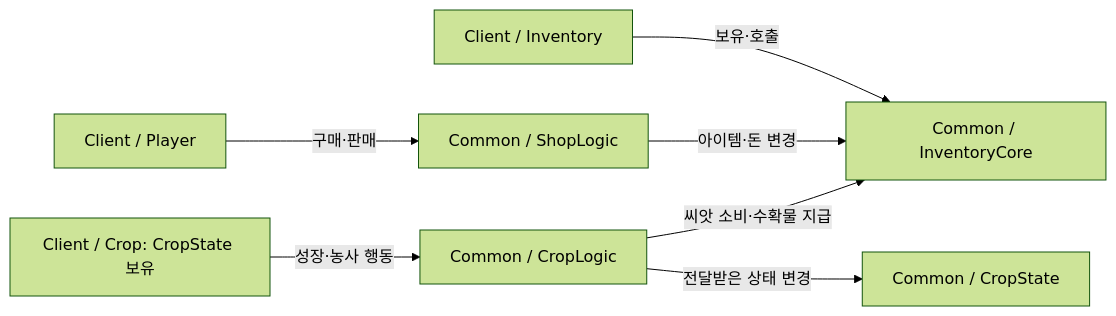
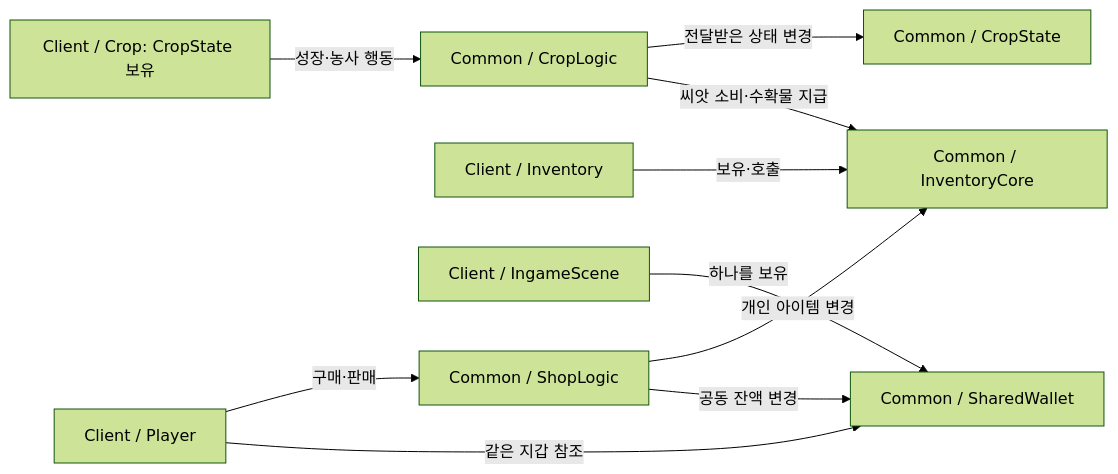
The diagram in Common/README.md (Jmini392/MiniFarm_Multi), drawn with Mermaid (forest theme) before and after one commit. The commit also changed other lines of this file and 18 other files, not shown here.

Commit message:
돈 공유를 위해 인벤토리와 공유 지갑 분리(SharedWallet 추가)

````diff
--- a/Common/README.md
+++ b/Common/README.md
@@ -53,9 +58,12 @@
 ```mermaid
 flowchart LR
     P["Client / Player"] -->|구매·판매| S["Common / ShopLogic"]
     I["Client / Inventory"] -->|보유·호출| C["Common / InventoryCore"]
-    S -->|아이템·돈 변경| C
+    S -->|개인 아이템 변경| C
+    G["Client / IngameScene"] -->|하나를 보유| W["Common / SharedWallet"]
+    P -->|같은 지갑 참조| W
+    S -->|공동 잔액 변경| W
     F["Client / Crop: CropState 보유"] -->|성장·농사 행동| L["Common / CropLogic"]
     L -->|전달받은 상태 변경| D["Common / CropState"]
     L -->|씨앗 소비·수확물 지급| C
 ```
````
